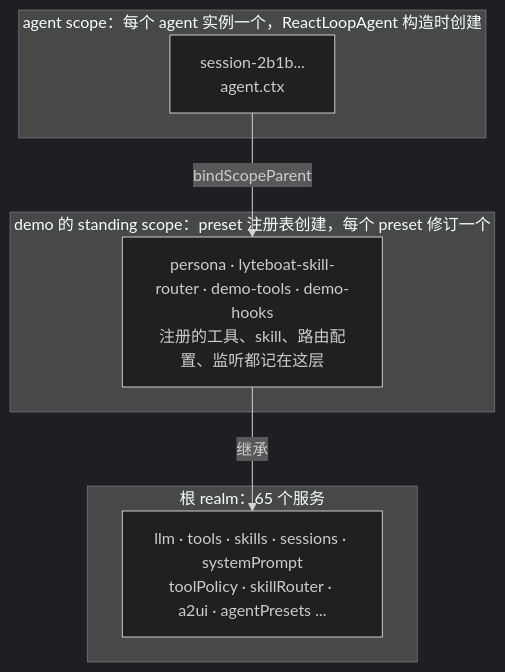
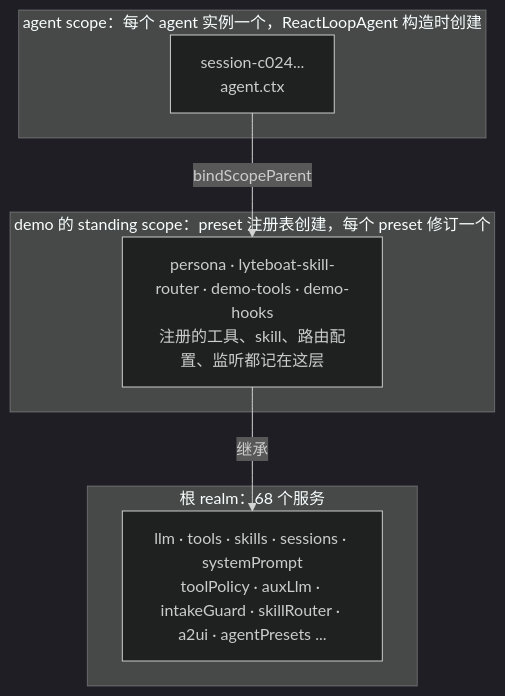
Before and after one commit to lyteboat/boat: the sixth of 11 diagrams in docs/01-architecture.md, drawn with Mermaid (dark theme). The commit also changed other lines of this file and 5 other files, not shown here.

````diff
--- a/docs/01-architecture.md
+++ b/docs/01-architecture.md
@@ -344,14 +366,14 @@
 ```mermaid
 flowchart TB
-  subgraph ROOT["根 realm：65 个服务"]
-    rsvc["llm · tools · skills · sessions · systemPrompt<br/>toolPolicy · skillRouter · a2ui · agentPresets ..."]
+  subgraph ROOT["根 realm：68 个服务"]
+    rsvc["llm · tools · skills · sessions · systemPrompt<br/>toolPolicy · auxLlm · intakeGuard · skillRouter · a2ui · agentPresets ..."]
   end
   subgraph STAND["demo 的 standing scope：preset 注册表创建，每个 preset 修订一个"]
     rows["persona · lyteboat-skill-router · demo-tools · demo-hooks<br/>注册的工具、skill、路由配置、监听都记在这层"]
   end
   subgraph AGS["agent scope：每个 agent 实例一个，ReactLoopAgent 构造时创建"]
-    inst["session-2b1b...<br/>agent.ctx"]
+    inst["session-c024...<br/>agent.ctx"]
   end
   inst -->|"bindScopeParent"| rows
   rows -->|"继承"| rsvc
 ```
````
